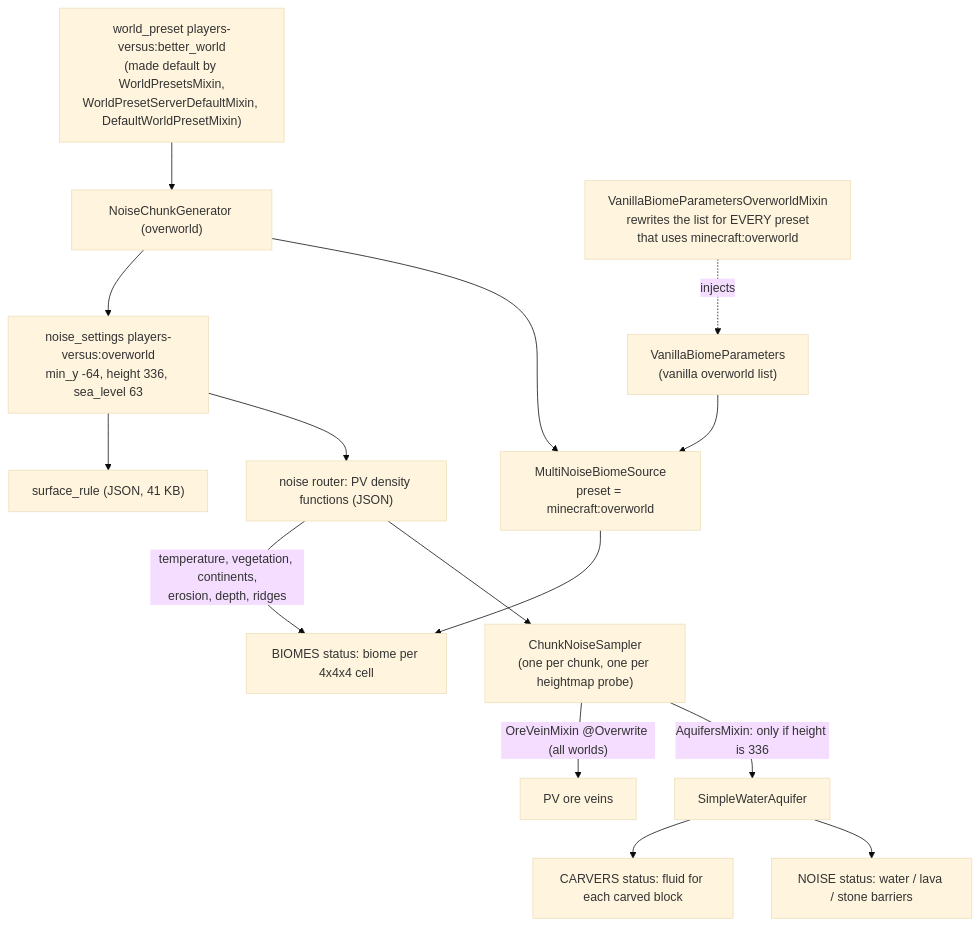
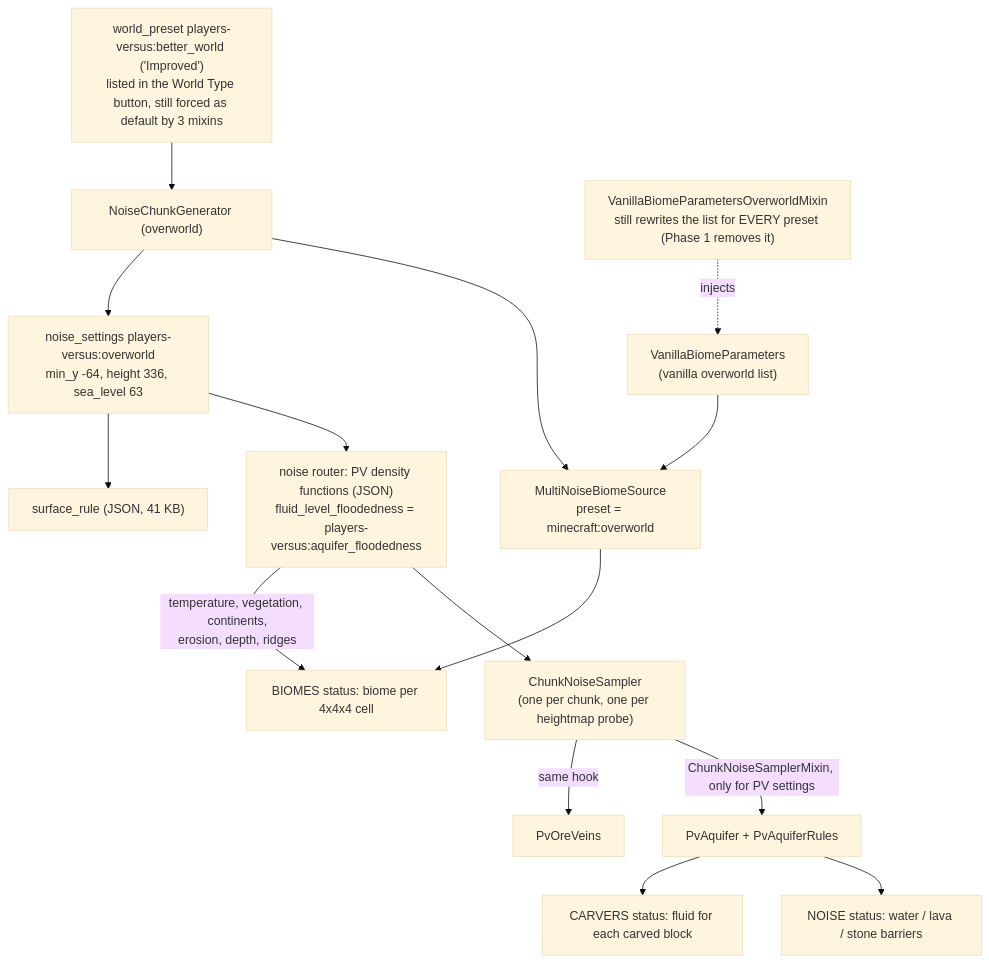
Before and after one commit to L-Apostrophe-Ecuyer/JavaMC-PlayersVersus: the first of 2 diagrams in docs/worldgen-refactor-plan.md, drawn with Mermaid (base theme). The commit also changed other lines of this file and 2 other files, not shown here.

First line of the commit message:
Plan revision 3: verified APIs, pseudocode, formulas; bench counts queued fluid ticks

````diff
--- a/docs/worldgen-refactor-plan.md
+++ b/docs/worldgen-refactor-plan.md
@@ -52,17 +45,17 @@
 ```mermaid
 flowchart TD
-    WP["world_preset players-versus:better_world<br/>(made default by WorldPresetsMixin,<br/>WorldPresetServerDefaultMixin, DefaultWorldPresetMixin)"] --> GEN["NoiseChunkGenerator (overworld)"]
+    WP["world_preset players-versus:better_world ('Improved')<br/>listed in the World Type button, still forced as default by 3 mixins"] --> GEN["NoiseChunkGenerator (overworld)"]
     GEN --> BS["MultiNoiseBiomeSource<br/>preset = minecraft:overworld"]
     GEN --> SET["noise_settings players-versus:overworld<br/>min_y -64, height 336, sea_level 63"]
     VBP["VanillaBiomeParameters<br/>(vanilla overworld list)"] --> BS
-    BMIX["VanillaBiomeParametersOverworldMixin<br/>rewrites the list for EVERY preset<br/>that uses minecraft:overworld"] -.->|injects| VBP
-    SET --> ROUTER["noise router: PV density functions (JSON)"]
+    BMIX["VanillaBiomeParametersOverworldMixin<br/>still rewrites the list for EVERY preset (Phase 1 removes it)"] -.->|injects| VBP
+    SET --> ROUTER["noise router: PV density functions (JSON)<br/>fluid_level_floodedness = players-versus:aquifer_floodedness"]
     SET --> SURF["surface_rule (JSON, 41 KB)"]
     ROUTER --> CNS["ChunkNoiseSampler<br/>(one per chunk, one per heightmap probe)"]
-    CNS -->|"AquifersMixin: only if height is 336"| AQ["SimpleWaterAquifer"]
-    CNS -->|"OreVeinMixin @Overwrite (all worlds)"| ORE["PV ore veins"]
+    CNS -->|"ChunkNoiseSamplerMixin, only for PV settings"| AQ["PvAquifer + PvAquiferRules"]
+    CNS -->|"same hook"| ORE["PvOreVeins"]
     AQ --> NOISE["NOISE status: water / lava / stone barriers"]
     AQ --> CARV["CARVERS status: fluid for each carved block"]
     ROUTER -->|"temperature, vegetation, continents,<br/>erosion, depth, ridges"| BIO["BIOMES status: biome per 4x4x4 cell"]
     BS --> BIO
 ```
````
